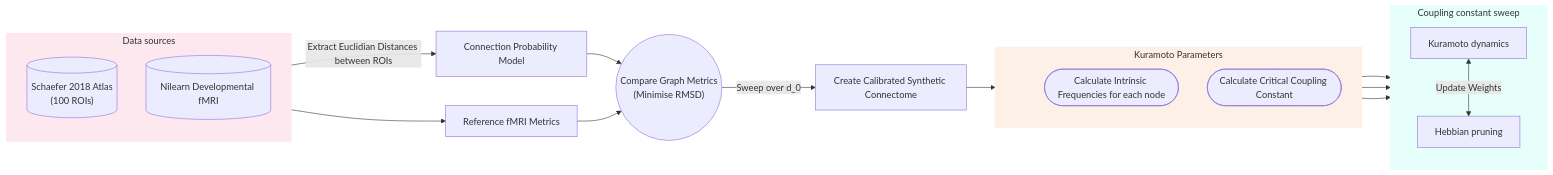
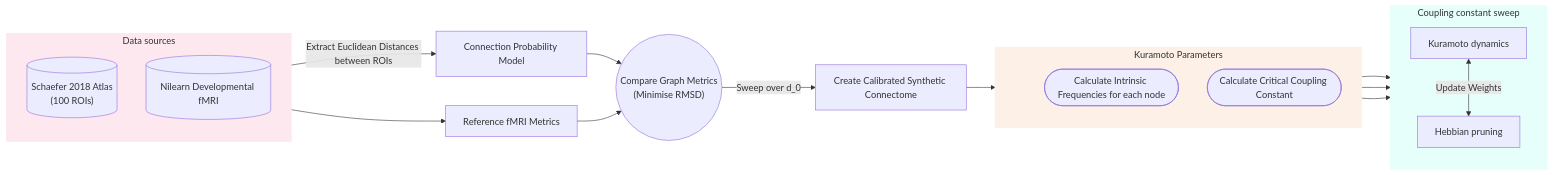
The diagram in README.md (R-eya/Kuramoto-Hebbian-Style-Pruning-of-Synthetic-Connectomes), drawn with Mermaid before and after one commit. The commit also changed other lines of this file, not shown here.

````diff
--- a/README.md
+++ b/README.md
@@ -11,40 +16,40 @@
 ```mermaid
 flowchart LR
 
     subgraph Inputs ["Data sources"]
         direction TB
         Q[("Schaefer 2018 atlas<br/>(100 ROIs)")]
         A[("Nilearn developmental fMRI")]
     end
 
-    Q[("Schaefer 2018 Atlas <br> (100 ROIs)")] -->|Extract Euclidian Distances between ROIs| W[Connection Probability Model] -->C
+    Q[("Schaefer 2018 Atlas <br> (100 ROIs)")] -->|Extract Euclidean Distances between ROIs| W[Connection Probability Model] -->C
 
     A[(Nilearn Developmental fMRI)] -->B[Reference fMRI Metrics]--> C(("Compare Graph Metrics <br> (Minimise RMSD)" )) -->|Sweep over d_0 | D[Create Calibrated Synthetic Connectome]
     
     %% Route D to E through an invisible node inside the subgraph
     D --> HiddenNode --> E[Kuramoto Dynamics]
 
     subgraph kurma ["Kuramoto Parameters"]
         direction TB
         HiddenNode[" "]:::hidden
         G([Calculate Intrinsic Frequencies for each node])
         F([Calculate Critical Coupling Constant])
     end
 
     subgraph Sweep ["Coupling constant sweep"]
         direction TB
         E["Kuramoto dynamics"]
         H["Hebbian pruning"]
         E <-->|"Update Weights"| H
     end
         
     G --> E
     F --> E
 
 style Inputs fill:#fde8ef,stroke:#fde8ef,stroke-width:2px
 style Sweep fill:#e6fffa,stroke:#e6fffa,stroke-width:2px
 style kurma fill:#fdf0e6,stroke:#fdf0e6,stroke-width:2px
 
 %% Hide the passthrough node so the line looks continuous
 classDef hidden display:none;
 ```
````
